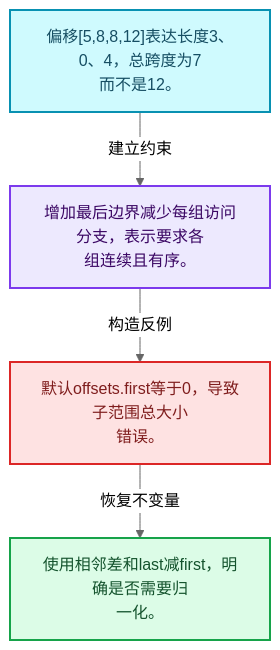
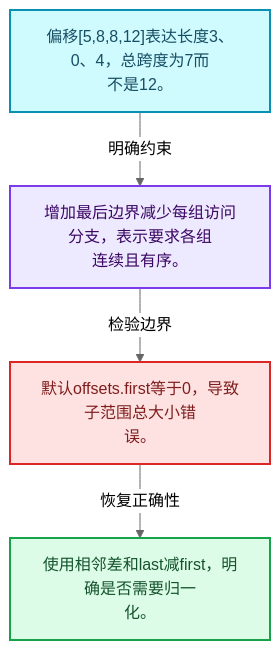
One commit to yunkezengren/blender-.vscode changed the first of 4 diagrams in 杂/markdown/全面学习-codex/05-几何存储与拓扑映射/02-OffsetIndices完整接口.md. Above: the diagram before and after it, drawn with Mermaid (neutral theme). The commit also changed other lines of this file and 1930 other files, not shown here.

````diff
--- a/杂/markdown/全面学习-codex/05-几何存储与拓扑映射/02-OffsetIndices完整接口.md
+++ b/杂/markdown/全面学习-codex/05-几何存储与拓扑映射/02-OffsetIndices完整接口.md
@@ -29,16 +29,16 @@
 ```mermaid
 flowchart TB
-  M["偏移[5,8,8,12]表达长度3、0、4，总跨度为7<br/>而不是12。"]:::data
-  T["增加最后边界减少每组访问分支，表示要求各<br/>组连续且有序。"]:::abstraction
-  X["默认offsets.first等于0，导致子范围总大小<br/>错误。"]:::error
-  A["使用相邻差和last减first，明确是否需要归<br/>一化。"]:::result
-  M -->|"建立约束"| T
-  T -->|"构造反例"| X
-  X -->|"恢复不变量"| A
+  M["偏移[5,8,8,12]表达长度3、0、4，总跨度为7而<br/>不是12。"]:::data
+  C["增加最后边界减少每组访问分支，表示要求各组<br/>连续且有序。"]:::abstraction
+  B["默认offsets.first等于0，导致子范围总大小错<br/>误。"]:::error
+  R["使用相邻差和last减first，明确是否需要归一<br/>化。"]:::result
+  M -->|"明确约束"| C
+  C -->|"检验边界"| B
+  B -->|"恢复正确性"| R
   classDef input fill:#DBEAFE,stroke:#2563EB,color:#172554,stroke-width:2px;
   classDef data fill:#CFFAFE,stroke:#0891B2,color:#164E63,stroke-width:2px;
   classDef abstraction fill:#EDE9FE,stroke:#7C3AED,color:#3B0764,stroke-width:2px;
   classDef compute fill:#FEF3C7,stroke:#D97706,color:#78350F,stroke-width:2px;
   classDef result fill:#DCFCE7,stroke:#16A34A,color:#14532D,stroke-width:2px;
   classDef error fill:#FEE2E2,stroke:#DC2626,color:#7F1D1D,stroke-width:2px;
 ```
````
